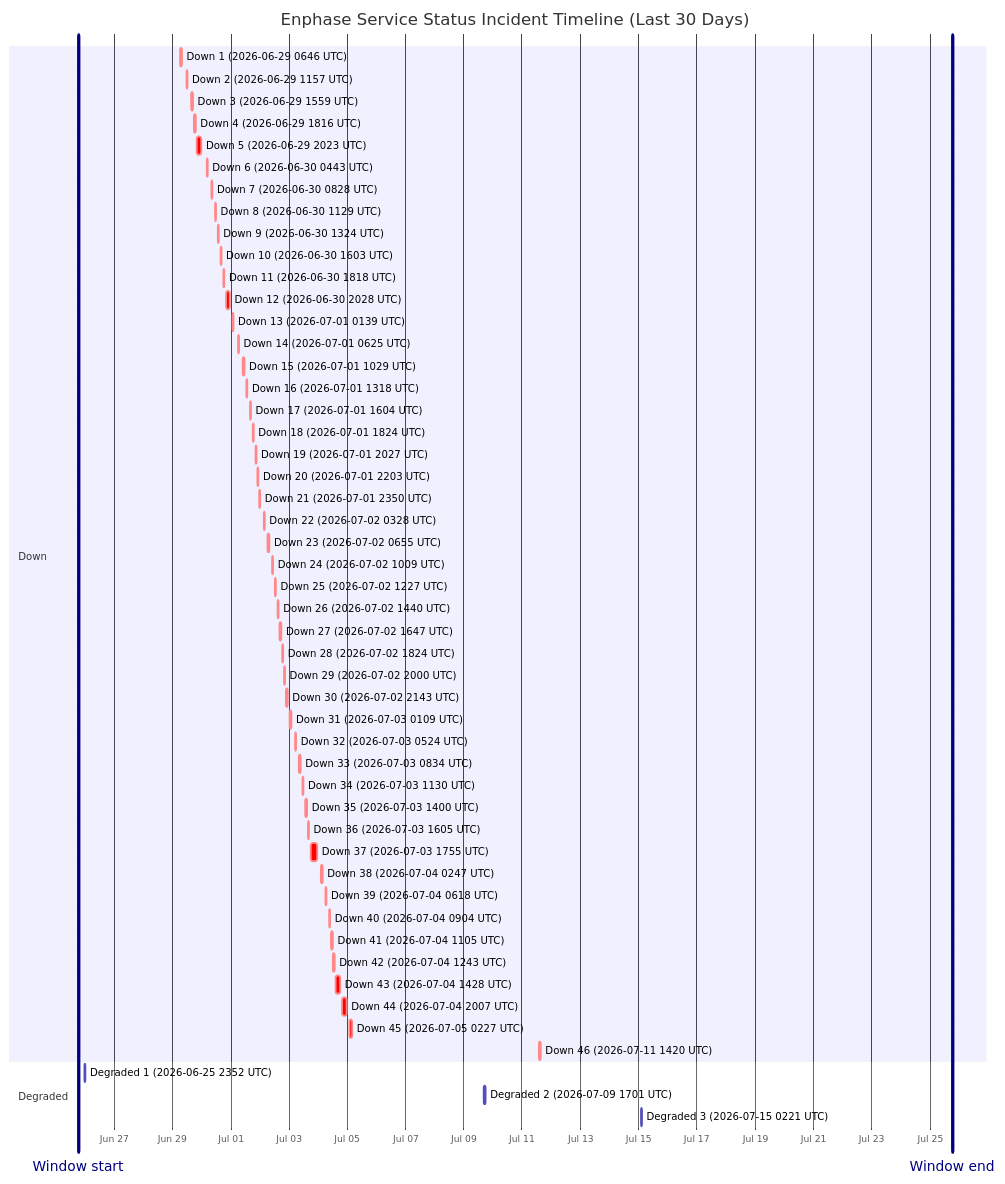
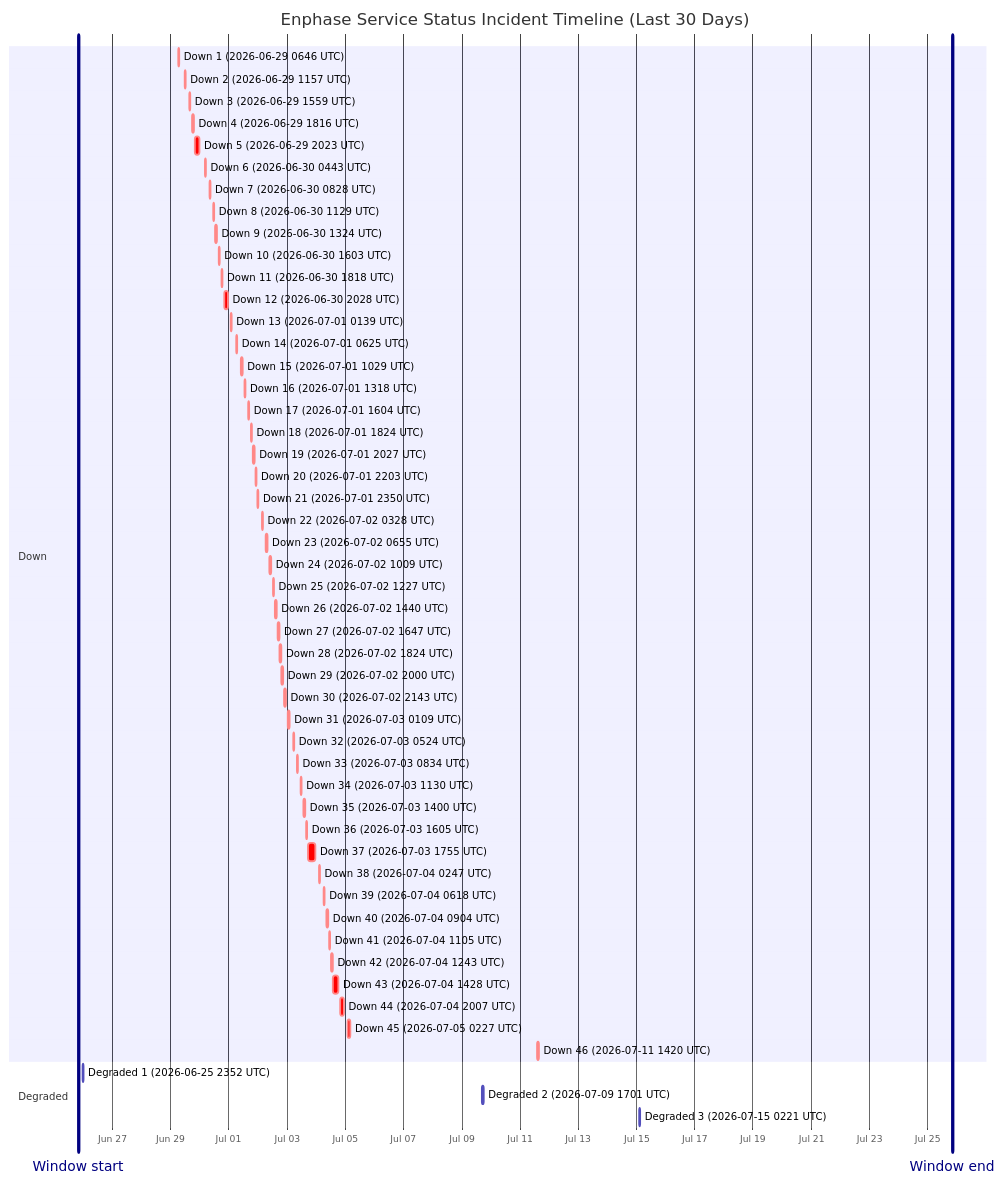
Before and after one commit to barneyonline/ha-enphase-energy: the diagram in wiki/Service-Status-History.md, drawn with Mermaid. The commit also changed other lines of this file and 3 other files, not shown here.

````diff
--- a/wiki/Service-Status-History.md
+++ b/wiki/Service-Status-History.md
@@ -14,59 +14,59 @@
 ```mermaid
 gantt
     title Enphase Service Status Incident Timeline (Last 30 Days)
     dateFormat  YYYY-MM-DDTHH:mm:ss
     axisFormat  %b %d
-    Window start :vert, window-start, 2026-06-25T18:30:14, 0ms
-    Window end :vert, window-end, 2026-07-25T18:30:14, 0ms
+    Window start :vert, window-start, 2026-06-25T20:09:21, 0ms
+    Window end :vert, window-end, 2026-07-25T20:09:21, 0ms
     section Down
     Down 1 (2026-06-29 0646 UTC) :crit, down-1, 2026-06-29T06:46:18, 60m
     Down 2 (2026-06-29 1157 UTC) :crit, down-2, 2026-06-29T11:57:36, 60m
     Down 3 (2026-06-29 1559 UTC) :crit, down-3, 2026-06-29T15:59:02, 60m
     Down 4 (2026-06-29 1816 UTC) :crit, down-4, 2026-06-29T18:16:38, 60m
     Down 5 (2026-06-29 2023 UTC) :crit, down-5, 2026-06-29T20:23:16, 220m
     Down 6 (2026-06-30 0443 UTC) :crit, down-6, 2026-06-30T04:43:54, 60m
     Down 7 (2026-06-30 0828 UTC) :crit, down-7, 2026-06-30T08:28:43, 60m
     Down 8 (2026-06-30 1129 UTC) :crit, down-8, 2026-06-30T11:29:15, 60m
     Down 9 (2026-06-30 1324 UTC) :crit, down-9, 2026-06-30T13:24:25, 60m
     Down 10 (2026-06-30 1603 UTC) :crit, down-10, 2026-06-30T16:03:26, 60m
     Down 11 (2026-06-30 1818 UTC) :crit, down-11, 2026-06-30T18:18:39, 60m
     Down 12 (2026-06-30 2028 UTC) :crit, down-12, 2026-06-30T20:28:54, 171m
     Down 13 (2026-07-01 0139 UTC) :crit, down-13, 2026-07-01T01:39:18, 60m
     Down 14 (2026-07-01 0625 UTC) :crit, down-14, 2026-07-01T06:25:35, 60m
     Down 15 (2026-07-01 1029 UTC) :crit, down-15, 2026-07-01T10:29:24, 60m
     Down 16 (2026-07-01 1318 UTC) :crit, down-16, 2026-07-01T13:18:31, 60m
     Down 17 (2026-07-01 1604 UTC) :crit, down-17, 2026-07-01T16:04:29, 60m
     Down 18 (2026-07-01 1824 UTC) :crit, down-18, 2026-07-01T18:24:21, 60m
     Down 19 (2026-07-01 2027 UTC) :crit, down-19, 2026-07-01T20:27:17, 60m
     Down 20 (2026-07-01 2203 UTC) :crit, down-20, 2026-07-01T22:03:46, 60m
     Down 21 (2026-07-01 2350 UTC) :crit, down-21, 2026-07-01T23:50:52, 60m
     Down 22 (2026-07-02 0328 UTC) :crit, down-22, 2026-07-02T03:28:33, 60m
     Down 23 (2026-07-02 0655 UTC) :crit, down-23, 2026-07-02T06:55:07, 60m
     Down 24 (2026-07-02 1009 UTC) :crit, down-24, 2026-07-02T10:09:15, 60m
     Down 25 (2026-07-02 1227 UTC) :crit, down-25, 2026-07-02T12:27:49, 60m
     Down 26 (2026-07-02 1440 UTC) :crit, down-26, 2026-07-02T14:40:53, 60m
     Down 27 (2026-07-02 1647 UTC) :crit, down-27, 2026-07-02T16:47:47, 60m
     Down 28 (2026-07-02 1824 UTC) :crit, down-28, 2026-07-02T18:24:26, 60m
     Down 29 (2026-07-02 2000 UTC) :crit, down-29, 2026-07-02T20:00:57, 60m
     Down 30 (2026-07-02 2143 UTC) :crit, down-30, 2026-07-02T21:43:52, 80m
     Down 31 (2026-07-03 0109 UTC) :crit, down-31, 2026-07-03T01:09:19, 60m
     Down 32 (2026-07-03 0524 UTC) :crit, down-32, 2026-07-03T05:24:23, 60m
     Down 33 (2026-07-03 0834 UTC) :crit, down-33, 2026-07-03T08:34:05, 60m
     Down 34 (2026-07-03 1130 UTC) :crit, down-34, 2026-07-03T11:30:41, 60m
     Down 35 (2026-07-03 1400 UTC) :crit, down-35, 2026-07-03T14:00:48, 60m
     Down 36 (2026-07-03 1605 UTC) :crit, down-36, 2026-07-03T16:05:49, 60m
     Down 37 (2026-07-03 1755 UTC) :crit, down-37, 2026-07-03T17:55:54, 338m
     Down 38 (2026-07-04 0247 UTC) :crit, down-38, 2026-07-04T02:47:22, 60m
     Down 39 (2026-07-04 0618 UTC) :crit, down-39, 2026-07-04T06:18:09, 60m
     Down 40 (2026-07-04 0904 UTC) :crit, down-40, 2026-07-04T09:04:41, 60m
     Down 41 (2026-07-04 1105 UTC) :crit, down-41, 2026-07-04T11:05:21, 60m
     Down 42 (2026-07-04 1243 UTC) :crit, down-42, 2026-07-04T12:43:25, 60m
     Down 43 (2026-07-04 1428 UTC) :crit, down-43, 2026-07-04T14:28:07, 243m
     Down 44 (2026-07-04 2007 UTC) :crit, down-44, 2026-07-04T20:07:50, 206m
     Down 45 (2026-07-05 0227 UTC) :crit, down-45, 2026-07-05T02:27:32, 109m
     Down 46 (2026-07-11 1420 UTC) :crit, down-46, 2026-07-11T14:20:54, 69m
     section Degraded
     Degraded 1 (2026-06-25 2352 UTC) :active, degraded-1, 2026-06-25T23:52:01, 60m
     Degraded 2 (2026-07-09 1701 UTC) :active, degraded-2, 2026-07-09T17:01:02, 60m
     Degraded 3 (2026-07-15 0221 UTC) :active, degraded-3, 2026-07-15T02:21:35, 60m
 ```
````
